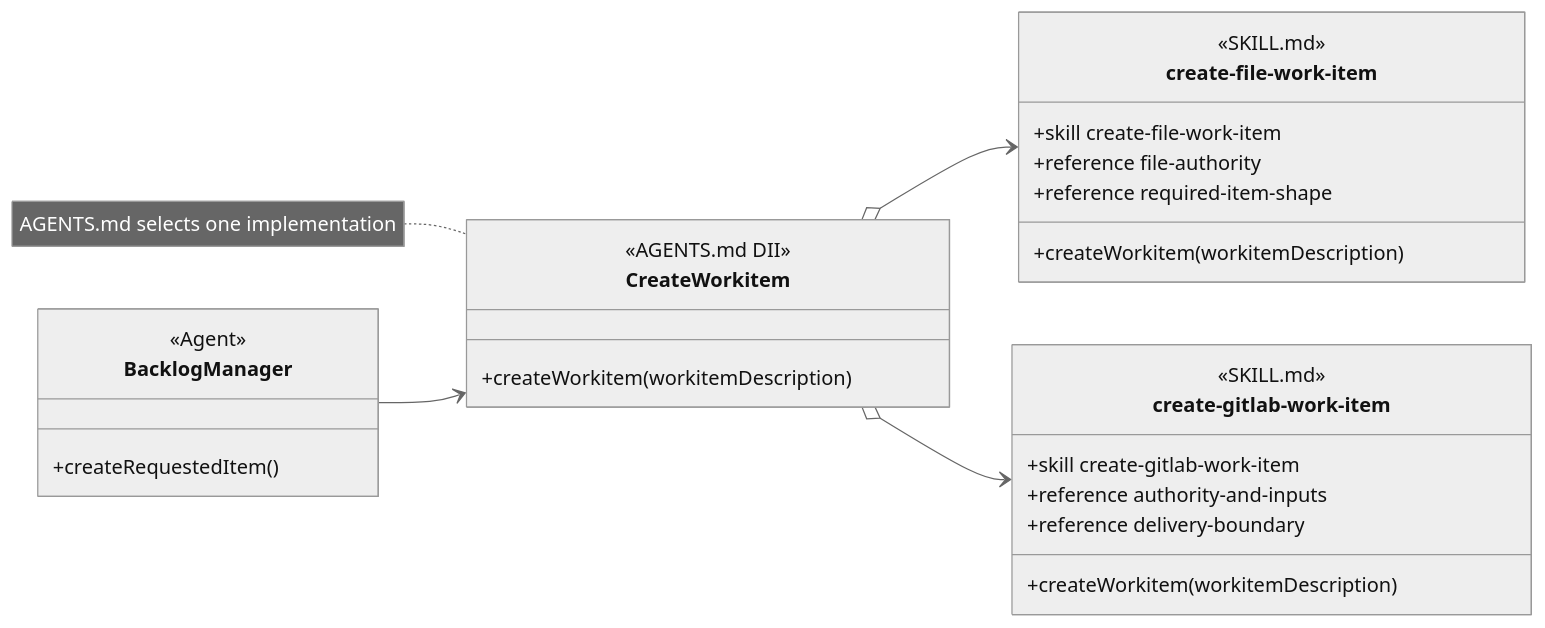
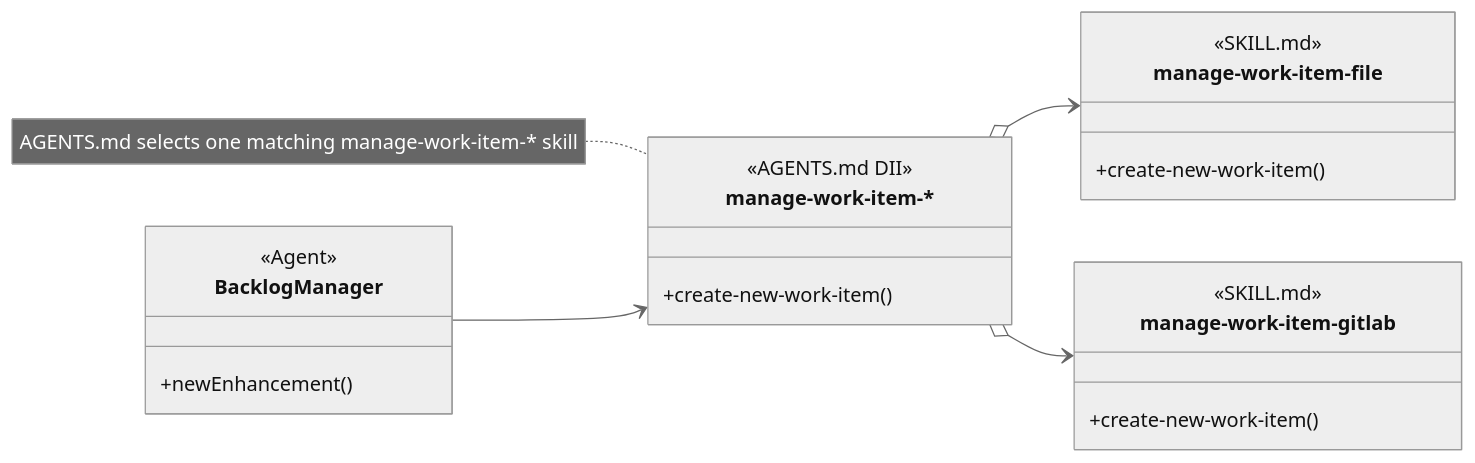
Before and after one commit to martinbechard/dev-methodology: the third of 11 diagrams in design/object-oriented-agent-and-skill-model.md, drawn with Mermaid (neutral theme). The commit also changed other lines of this file and 2 other files, not shown here.

Commit message:
Clarify whole-skill and work-item DII notation

````diff
--- a/design/object-oriented-agent-and-skill-model.md
+++ b/design/object-oriented-agent-and-skill-model.md
@@ -219,38 +218,33 @@
 ```mermaid
 classDiagram
     direction LR
 
     class BacklogManager {
         <<Agent>>
-        +createRequestedItem()
+        +newEnhancement()
     }
 
-    class CreateWorkitem {
+    class manage-work-item["manage-work-item-*"] {
         <<AGENTS.md DII>>
-        +createWorkitem(workitemDescription)
+        <<abstract>>
+        +create-new-work-item()
     }
 
-    class create-file-work-item {
+    class manage-work-item-file {
         <<SKILL.md>>
         <<Injectable Skill>>
-        +skill create-file-work-item
-        +createWorkitem(workitemDescription)
-        +reference file-authority
-        +reference required-item-shape
+        +create-new-work-item()
     }
 
-    class create-gitlab-work-item {
+    class manage-work-item-gitlab {
         <<SKILL.md>>
         <<Injectable Skill>>
-        +skill create-gitlab-work-item
-        +createWorkitem(workitemDescription)
-        +reference authority-and-inputs
-        +reference delivery-boundary
+        +create-new-work-item()
     }
 
-    BacklogManager --> CreateWorkitem
-    CreateWorkitem o--> create-file-work-item
-    CreateWorkitem o--> create-gitlab-work-item
+    BacklogManager --> manage-work-item
+    manage-work-item o--> manage-work-item-file
+    manage-work-item o--> manage-work-item-gitlab
 
-    note for CreateWorkitem "AGENTS.md selects one implementation"
+    note for manage-work-item "AGENTS.md selects one matching manage-work-item-* skill"
 ```
````
